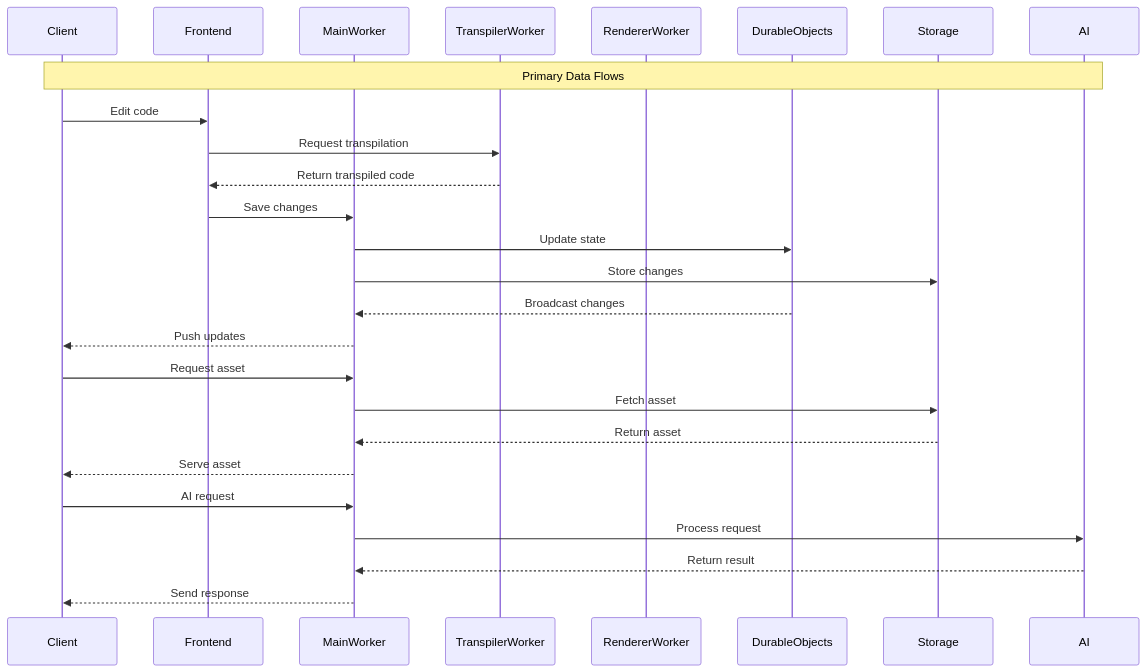
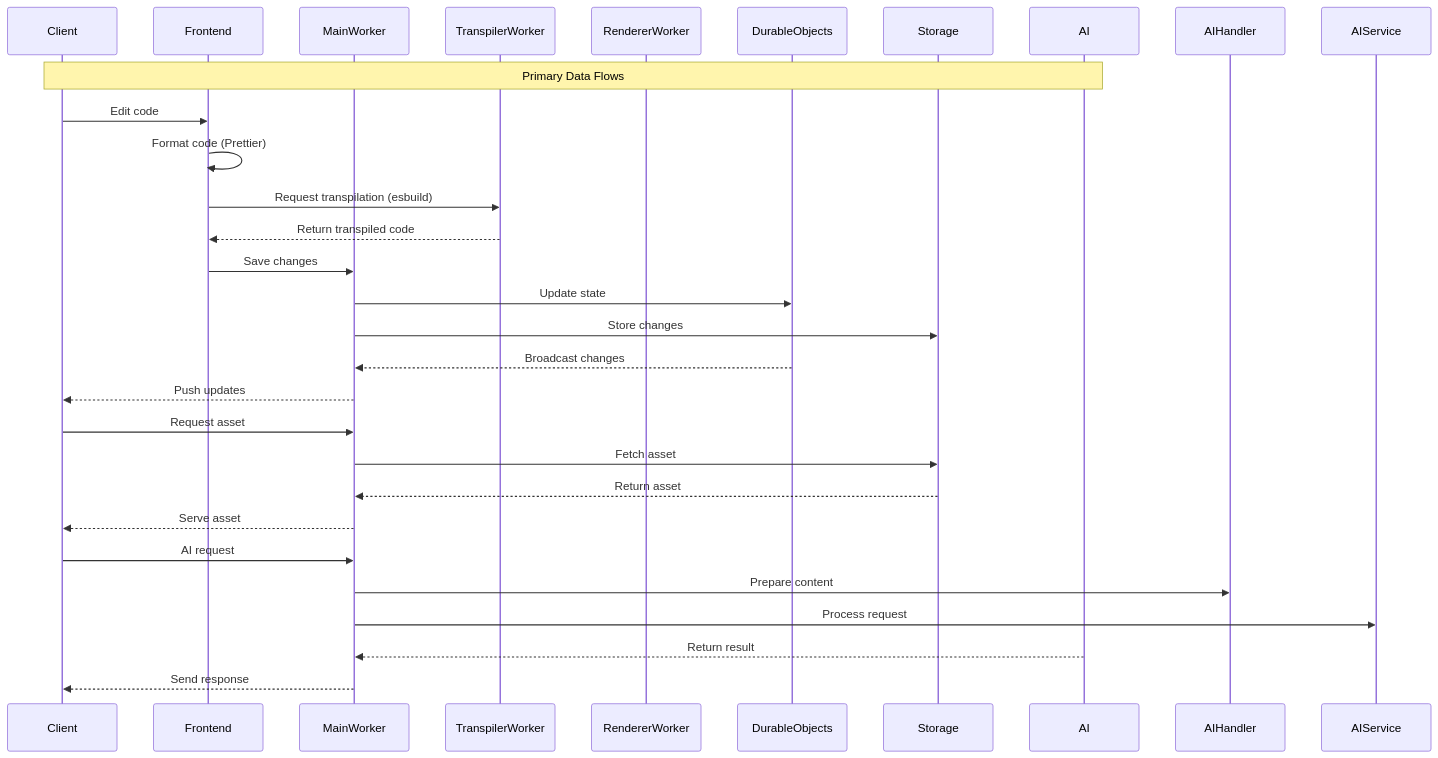
One commit to zerdos/spike.land changed the first of 6 diagrams in docs/architecture/data-flow.md. Above: the diagram before and after it, drawn with Mermaid. The commit also changed other lines of this file and 2 other files, not shown here.

Commit message:
refactor: update architecture documentation for improved clarity and structure

````diff
--- a/docs/architecture/data-flow.md
+++ b/docs/architecture/data-flow.md
@@ -9,37 +9,39 @@
 ```mermaid
 sequenceDiagram
     participant Client
     participant Frontend
     participant MainWorker
     participant TranspilerWorker
     participant RendererWorker
     participant DurableObjects
     participant Storage
     participant AI
 
     Note over Client,AI: Primary Data Flows
 
     %% Code Editing Flow
     Client->>Frontend: Edit code
-    Frontend->>TranspilerWorker: Request transpilation
+    Frontend->>Frontend: Format code (Prettier)
+    Frontend->>TranspilerWorker: Request transpilation (esbuild)
     TranspilerWorker-->>Frontend: Return transpiled code
     Frontend->>MainWorker: Save changes
     MainWorker->>DurableObjects: Update state
     MainWorker->>Storage: Store changes
     
     %% Real-time Collaboration
     DurableObjects-->>MainWorker: Broadcast changes
     MainWorker-->>Client: Push updates
     
     %% Asset Serving
     Client->>MainWorker: Request asset
     MainWorker->>Storage: Fetch asset
     Storage-->>MainWorker: Return asset
     MainWorker-->>Client: Serve asset
     
     %% AI Integration
     Client->>MainWorker: AI request
-    MainWorker->>AI: Process request
+    MainWorker->>AIHandler: Prepare content
+    MainWorker->>AIService: Process request
     AI-->>MainWorker: Return result
     MainWorker-->>Client: Send response
 ```
````
